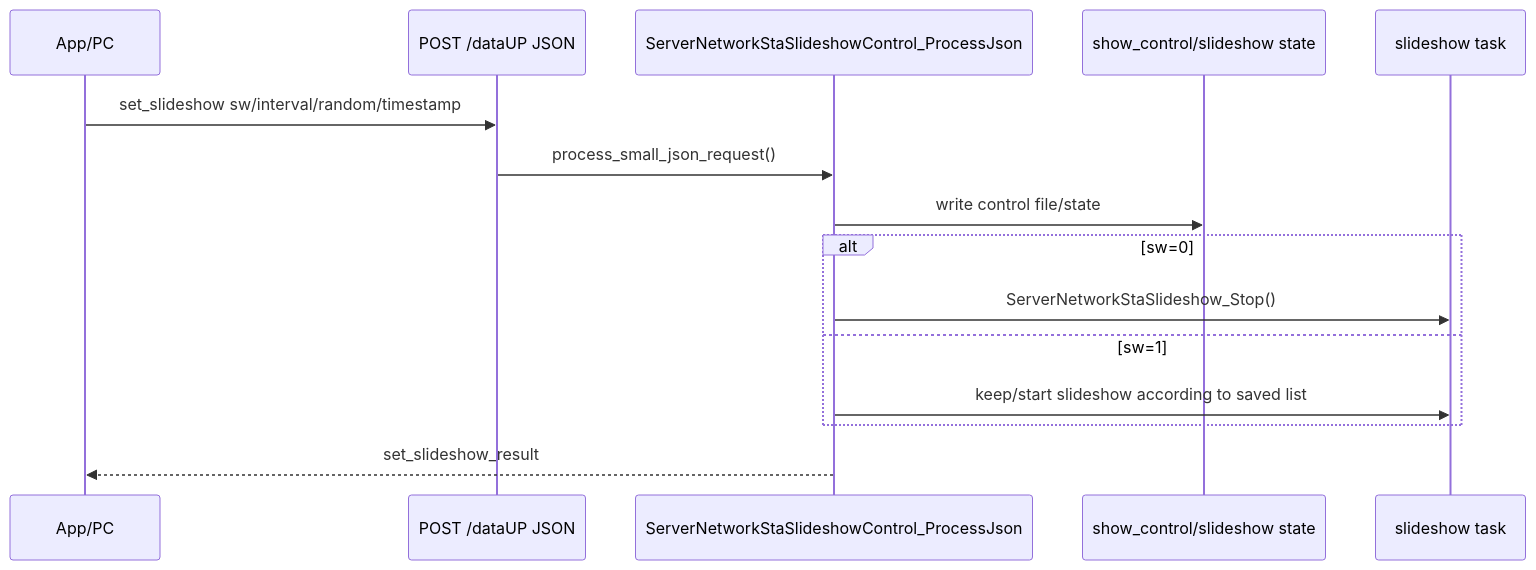
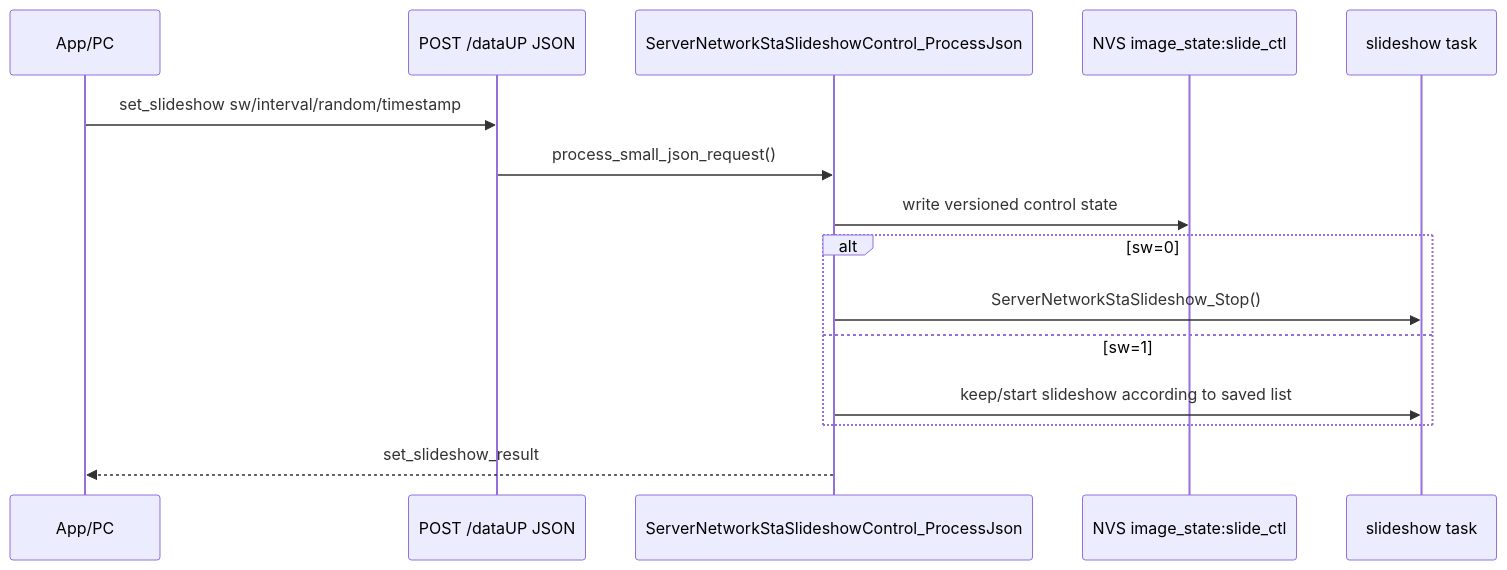
Diagram 14 of 25 in README_Fun.md (tdxguiping/ESP32_S3_epaper), drawn with Mermaid before and after one commit. The commit also changed other lines of this file and 60 other files, not shown here.

````diff
--- a/README_Fun.md
+++ b/README_Fun.md
@@ -1420,17 +1586,17 @@
 ```mermaid
 sequenceDiagram
     participant APP as App/PC
     participant DATAUP as POST /dataUP JSON
     participant CTRL as ServerNetworkStaSlideshowControl_ProcessJson
-    participant FILE as show_control/slideshow state
+    participant STATE as NVS image_state:slide_ctl
     participant SS as slideshow task
     APP->>DATAUP: set_slideshow sw/interval/random/timestamp
     DATAUP->>CTRL: process_small_json_request()
-    CTRL->>FILE: write control file/state
+    CTRL->>STATE: write versioned control state
     alt sw=0
         CTRL->>SS: ServerNetworkStaSlideshow_Stop()
     else sw=1
         CTRL->>SS: keep/start slideshow according to saved list
     end
     CTRL-->>APP: set_slideshow_result
 ```
````
